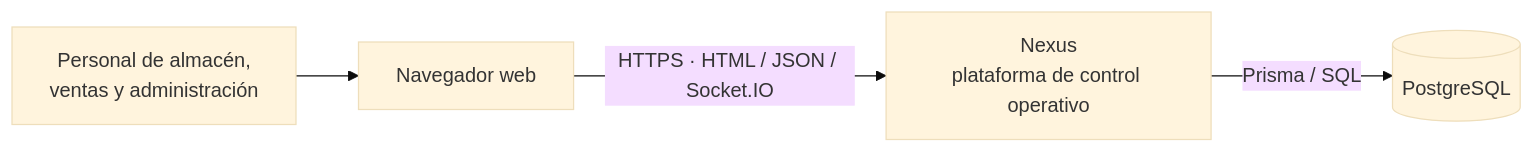
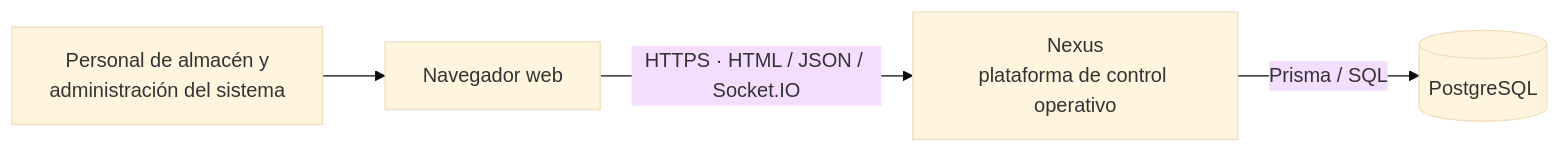
The first of 6 diagrams in docs/architecture-and-web-views.md (gpgsistemas01/nexus), drawn with Mermaid (base theme) before and after one commit. The commit also changed other lines of this file and 12 other files, not shown here.

Commit message:
docs: corrige modelos UML y acceso por contexto

````diff
--- a/docs/architecture-and-web-views.md
+++ b/docs/architecture-and-web-views.md
@@ -36,11 +36,11 @@
 ```mermaid
 flowchart LR
-    user["Personal de almacén,<br/>ventas y administración"]
+    user["Personal de almacén y<br/>administración del sistema"]
     browser["Navegador web"]
     nexus["Nexus<br/>plataforma de control operativo"]
     postgres[("PostgreSQL")]
 
     user --> browser
     browser -->|"HTTPS · HTML / JSON / Socket.IO"| nexus
     nexus -->|"Prisma / SQL"| postgres
 ```
````
